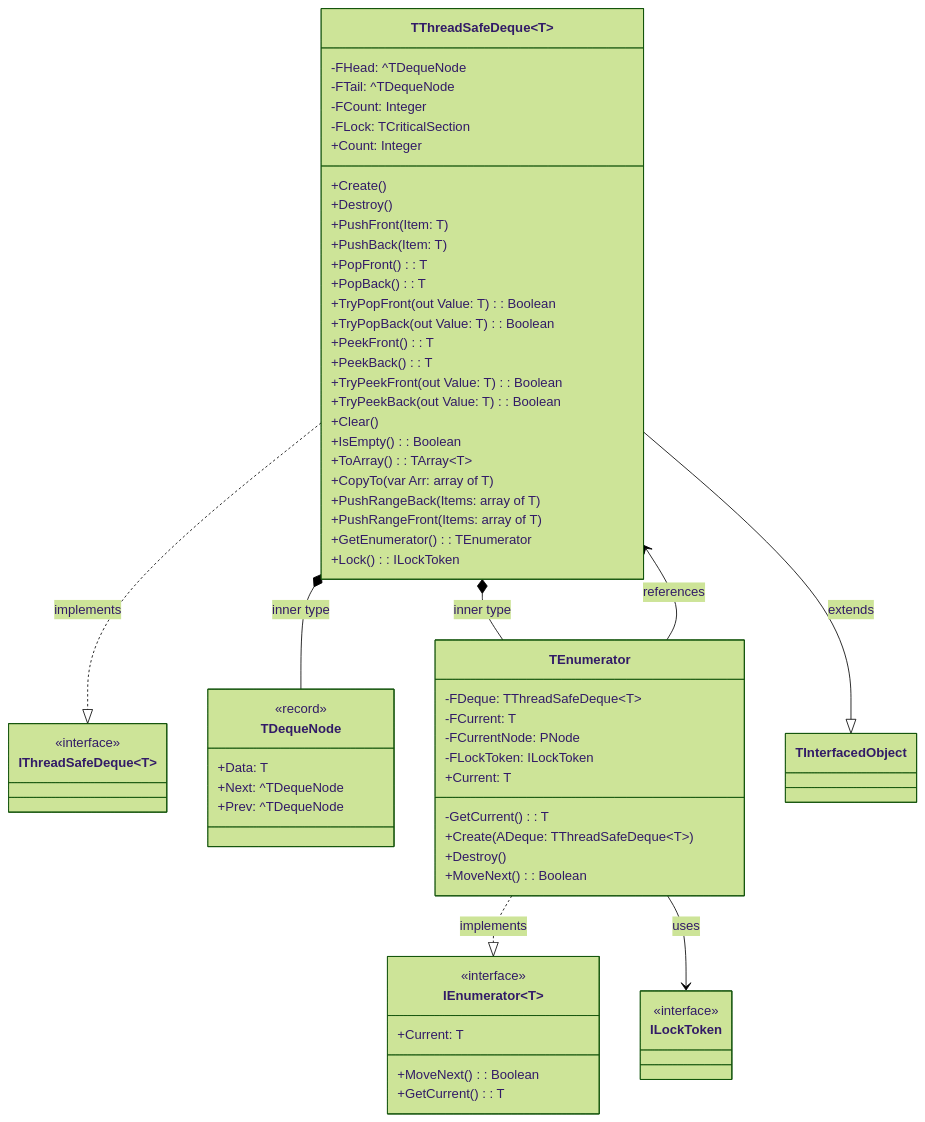
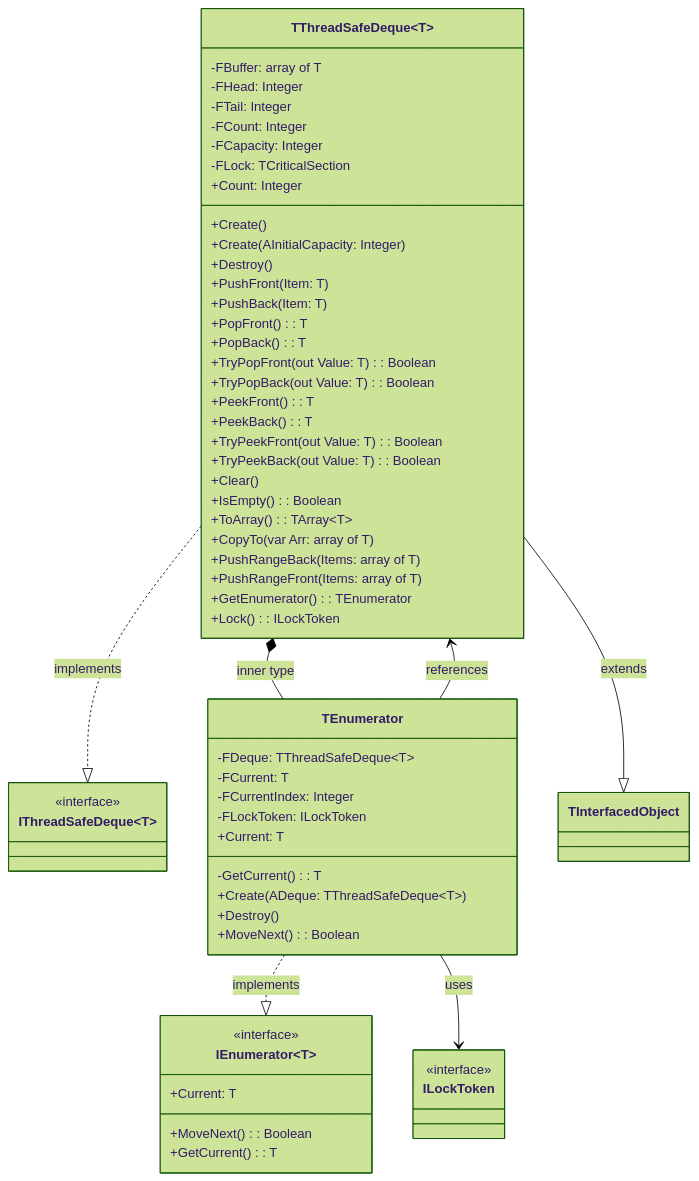
Before and after one commit to ikelaiah/threadsafecollections-fp: the diagram in docs/ThreadSafeCollections.Deque.md, drawn with Mermaid (forest theme). The commit also changed other lines of this file and 2 other files, not shown here.

````diff
--- a/docs/ThreadSafeCollections.Deque.md
+++ b/docs/ThreadSafeCollections.Deque.md
@@ -125,72 +128,67 @@
 ```mermaid
 classDiagram
     class IThreadSafeDeque~T~ {
         <<interface>>
     }
 
     class TThreadSafeDeque~T~ {
-        -FHead: ^TDequeNode
-        -FTail: ^TDequeNode
+        -FBuffer: array of T
+        -FHead: Integer
+        -FTail: Integer
         -FCount: Integer
+        -FCapacity: Integer
         -FLock: TCriticalSection
         +Create()
+        +Create(AInitialCapacity: Integer)
         +Destroy()
         +PushFront(Item: T)
         +PushBack(Item: T)
         +PopFront(): T
         +PopBack(): T
         +TryPopFront(out Value: T): Boolean
         +TryPopBack(out Value: T): Boolean
         +PeekFront(): T
         +PeekBack(): T
         +TryPeekFront(out Value: T): Boolean
         +TryPeekBack(out Value: T): Boolean
         +Clear()
         +IsEmpty(): Boolean
         +ToArray(): TArray~T~
         +CopyTo(var Arr: array of T)
         +PushRangeBack(Items: array of T)
         +PushRangeFront(Items: array of T)
         +GetEnumerator(): TEnumerator
         +Lock(): ILockToken
         +Count: Integer
     }
     
-    class TDequeNode {
-        <<record>>
-        +Data: T
-        +Next: ^TDequeNode
-        +Prev: ^TDequeNode
-    }
-    
     class IEnumerator~T~ {
         <<interface>>
         +MoveNext(): Boolean
         +GetCurrent(): T
         +Current: T
     }
     
     class TEnumerator {
         -FDeque: TThreadSafeDeque~T~
         -FCurrent: T
-        -FCurrentNode: PNode
+        -FCurrentIndex: Integer
         -FLockToken: ILockToken
         -GetCurrent(): T
         +Create(ADeque: TThreadSafeDeque~T~)
         +Destroy()
         +MoveNext(): Boolean
         +Current: T
     }
     
     class ILockToken {
         <<interface>>
     }
     
     TThreadSafeDeque~T~ --|> TInterfacedObject : extends
     TThreadSafeDeque~T~ ..|> IThreadSafeDeque~T~ : implements
-    TThreadSafeDeque~T~ *-- TDequeNode : inner type
     TThreadSafeDeque~T~ *-- TEnumerator : inner type
     TEnumerator ..|> IEnumerator~T~ : implements
     TEnumerator --> TThreadSafeDeque~T~ : references
     TEnumerator --> ILockToken : uses
 ```
````
